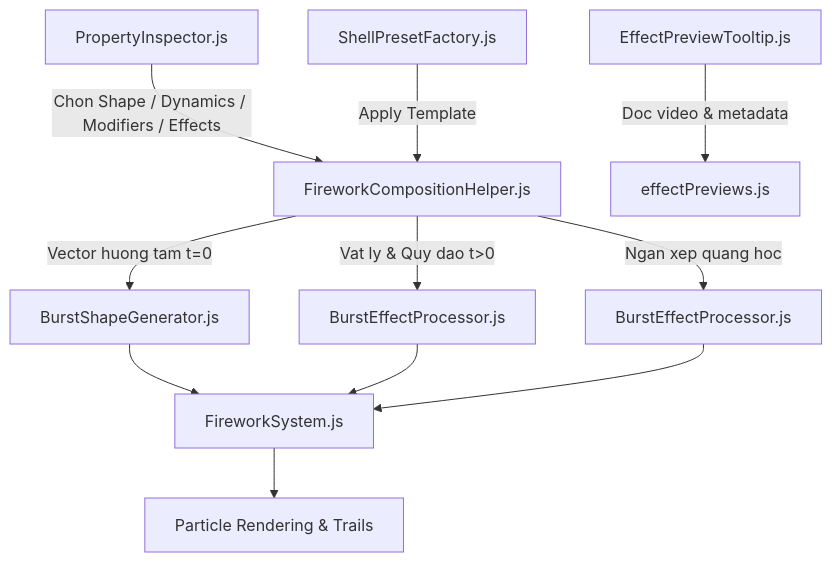
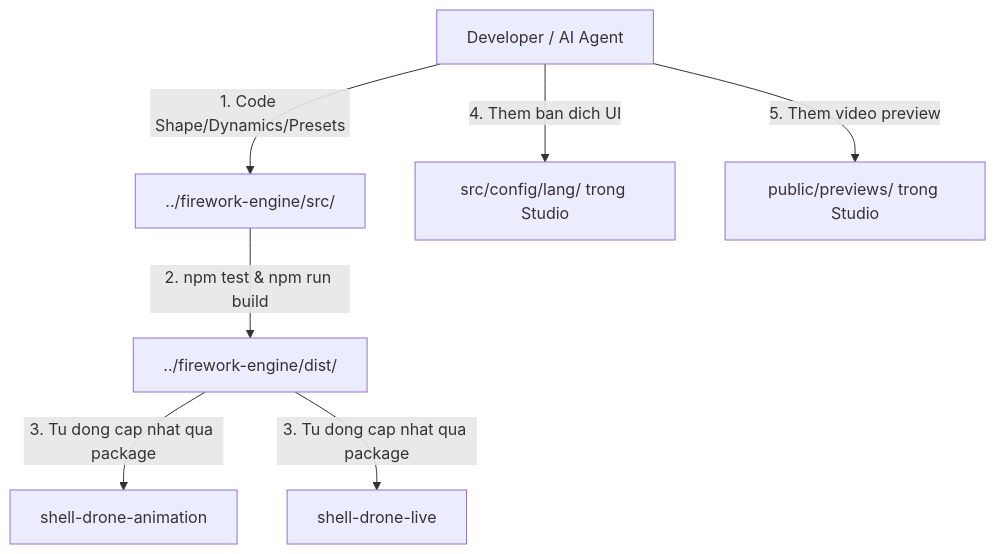
The diagram in .agents/skills/ds-create-shell/workflow.md (ThAolInh20/Shell-Drone-Editor), drawn with Mermaid before and after one commit. The commit also changed other lines of this file and 3 other files, not shown here.

Commit message:
docs(rules): update ds-create-shell skill and AGENTS.md to enforce firework-engine as single source of truth

````diff
--- a/.agents/skills/ds-create-shell/workflow.md
+++ b/.agents/skills/ds-create-shell/workflow.md
@@ -11,13 +12,9 @@
 ```mermaid
 graph TD
-    UI[PropertyInspector.js] -->|Chon Shape / Dynamics / Modifiers / Effects| COMP[FireworkCompositionHelper.js]
-    PRESET[ShellPresetFactory.js] -->|Apply Template| COMP
-    COMP -->|Vector huong tam t=0| SHAPE[BurstShapeGenerator.js]
-    COMP -->|Vat ly & Quy dao t>0| DYN[BurstEffectProcessor.js]
-    COMP -->|Ngan xep quang hoc| EFF[BurstEffectProcessor.js]
-    SHAPE --> SYS[FireworkSystem.js]
-    DYN --> SYS
-    EFF --> SYS
-    SYS --> PART[Particle Rendering & Trails]
-    TOOLTIP[EffectPreviewTooltip.js] -->|Doc video & metadata| PREV[effectPreviews.js]
+    DEV[Developer / AI Agent] -->|1. Code Shape/Dynamics/Presets| ENG[../firework-engine/src/]
+    ENG -->|2. npm test & npm run build| DIST[../firework-engine/dist/]
+    DIST -->|3. Tu dong cap nhat qua package| STUDIO[shell-drone-animation]
+    DIST -->|3. Tu dong cap nhat qua package| LIVE[shell-drone-live]
+    DEV -->|4. Them ban dich UI| LANG[src/config/lang/ trong Studio]
+    DEV -->|5. Them video preview| PREV[public/previews/ trong Studio]
 ```
````
